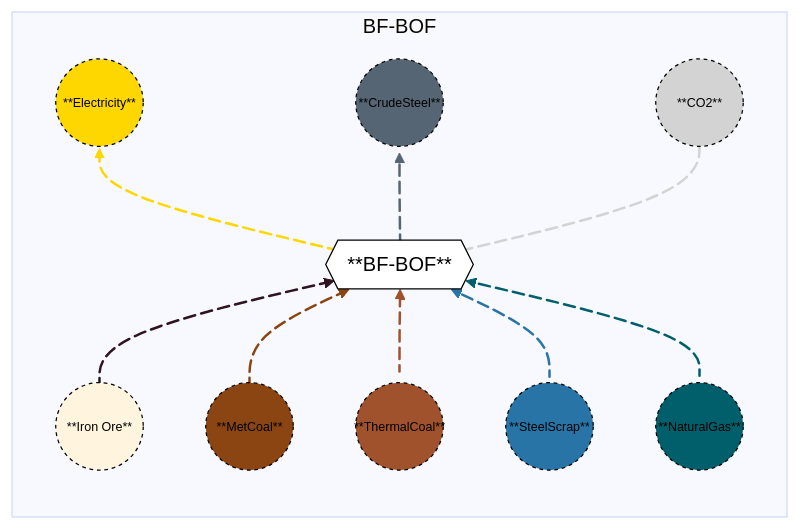
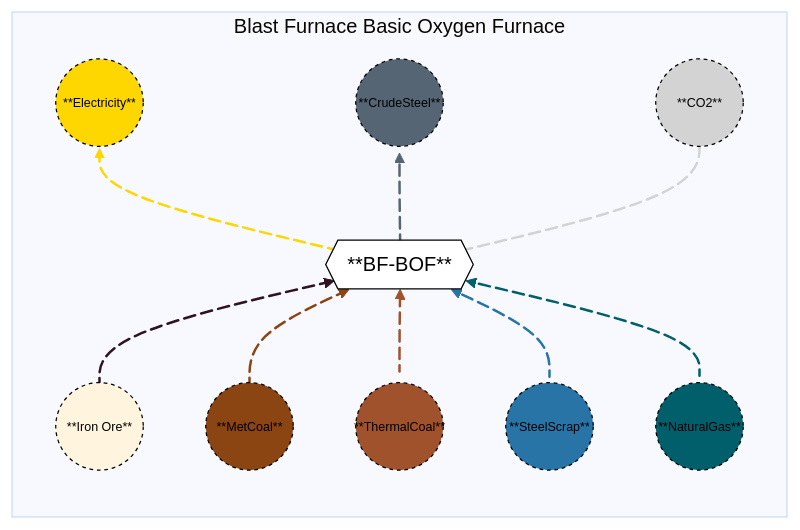
The diagram in docs/src/Manual/assets/blastfurnacebasicoxygenfurnace.md (acheng1757/MacroEnergy-Abbie.jl), drawn with Mermaid before and after one commit.

Commit message:
Rename subgraph in mermaid diagram

````diff
--- a/docs/src/Manual/assets/blastfurnacebasicoxygenfurnace.md
+++ b/docs/src/Manual/assets/blastfurnacebasicoxygenfurnace.md
@@ -28,43 +28,43 @@
 ```mermaid
 %%{init: {'theme': 'base', 'themeVariables': { 'background': '#D1EBDE' }}}%%
 flowchart BT
-  subgraph BF-BOF
+  subgraph Blast Furnace Basic Oxygen Furnace
   direction BT
     A1(("**Iron Ore**")) e1@-->B{{"**BF-BOF**"}}
     A2(("**MetCoal**")) e2@-->B{{"**BF-BOF**"}}
     A3(("**ThermalCoal**")) e3@-->B{{"**BF-BOF**"}}
     A4(("**SteelScrap**")) e4@-->B{{"**BF-BOF**"}}
     A5(("**NaturalGas**")) e5@-->B{{"**BF-BOF**"}}
     B{{"**BF-BOF**"}} e6@-->C1(("**Electricity**"))
     B{{"**BF-BOF**"}} e7@-->C2(("**CrudeSteel**"))
     B{{"**BF-BOF**"}} e8@-->C3(("**CO2**"))
 
     e1@{ animate: true }
     e2@{ animate: true }
     e3@{ animate: true }
     e4@{ animate: true }
     e5@{ animate: true }
     e6@{ animate: true }
     e7@{ animate: true }
     e8@{ animate: true }
  end
     style A1 font-size:10px,r:35px,fill:#FFD700D,stroke:black,color:black,stroke-dasharray: 3,5;
     style A2 font-size:10px,r:35px,fill:#8B4513,stroke:black,color:black,stroke-dasharray: 3,5;
     style A3 font-size:10px,r:35px,fill:#A0522D,stroke:black,color:black,stroke-dasharray: 3,5;
     style A4 font-size:10px,r:35px,fill:#2874A6,stroke:black,color:black,stroke-dasharray: 3,5;
     style A5 font-size:10px,r:35px,fill:#005F6A,stroke:black,color:black,stroke-dasharray: 3,5;
     style B fill:white,stroke:black,color:black;
     style C1 font-size:10px,r:35px,fill:#FFD700,stroke:black,color:black,stroke-dasharray: 3,5;
     style C2 font-size:10px,r:35px,fill:#566573,stroke:black,color:black,stroke-dasharray: 3,5;
     style C3 font-size:10px,r:35px,fill:lightgray,stroke:black,color:black,stroke-dasharray: 3,5;
     linkStyle 0 stroke:#FFD700D, stroke-width: 2px;
     linkStyle 1 stroke:#8B4513, stroke-width: 2px;
     linkStyle 2 stroke:#A0522D, stroke-width: 2px;
     linkStyle 3 stroke:#2874A6, stroke-width: 2px;
     linkStyle 4 stroke:#005F6A, stroke-width: 2px;
     linkStyle 5 stroke:#FFD700, stroke-width: 2px;
     linkStyle 6 stroke:#566573, stroke-width: 2px;
     linkStyle 7 stroke:lightgray, stroke-width: 2px;
 
 
 ```
````
